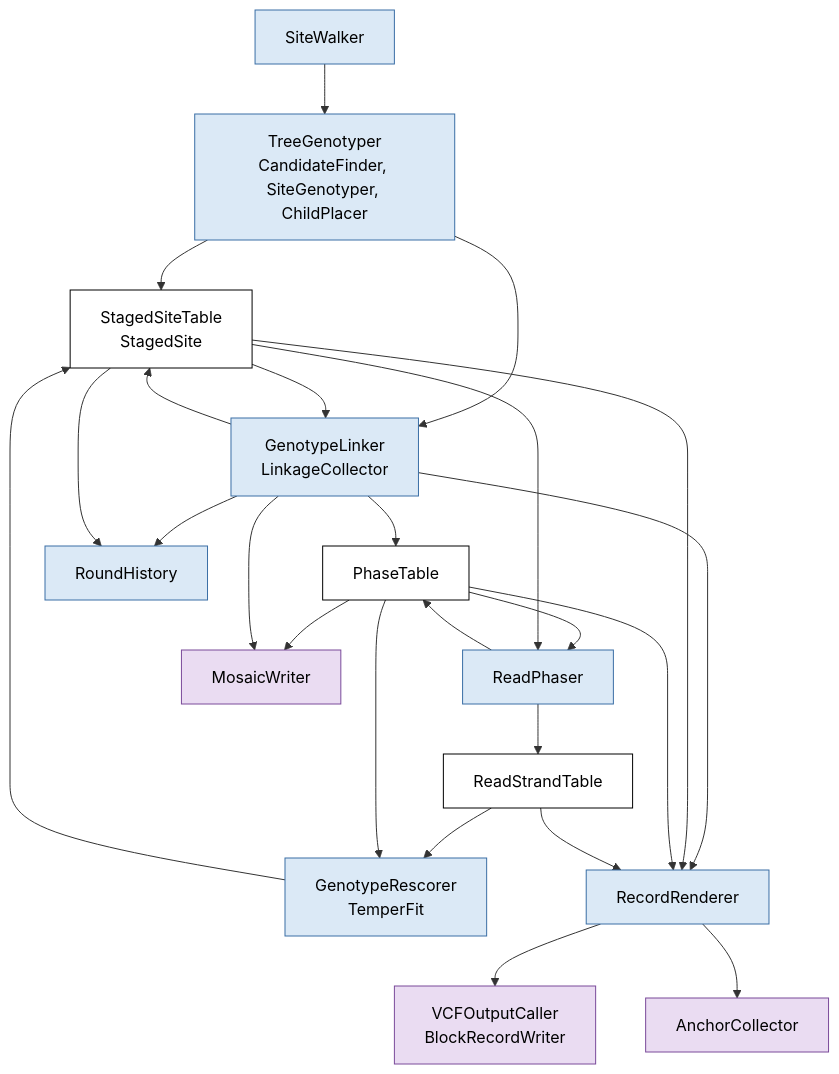
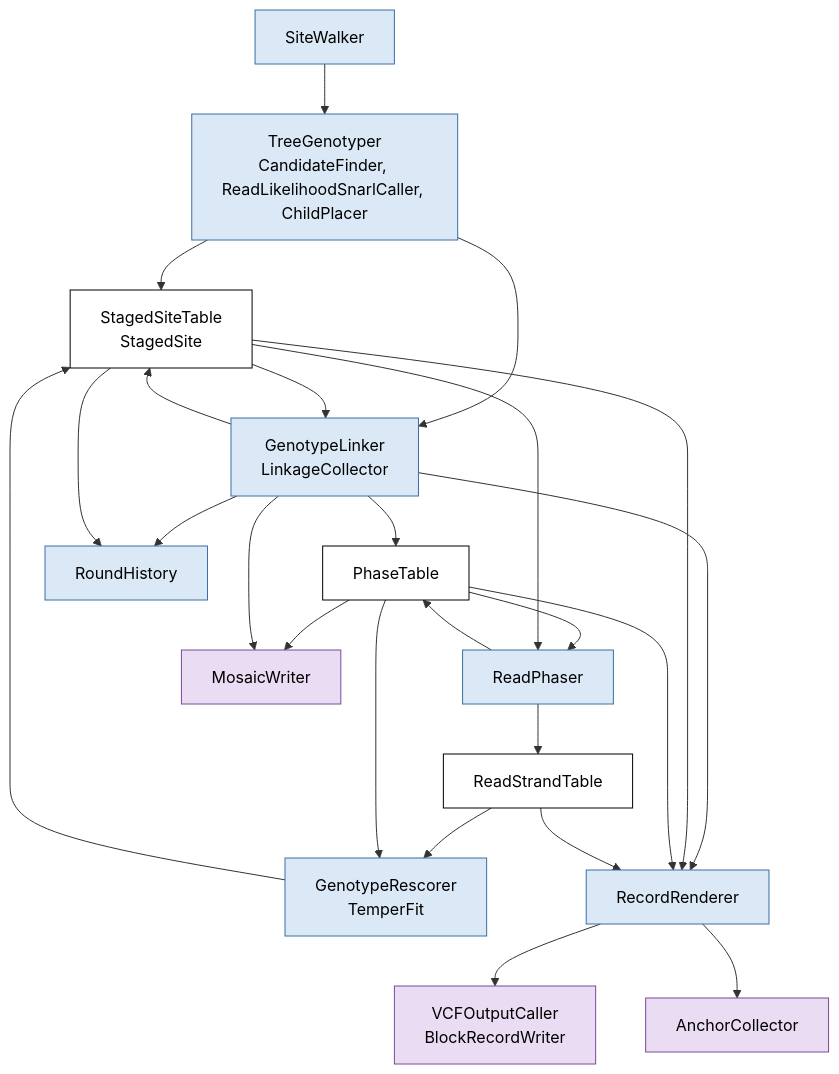
Before and after one commit to vgteam/vg: the diagram in artifacts/doc/read-likelihood-architecture.md, drawn with Mermaid. The commit also changed other lines of this file and 10 other files, not shown here.

Commit message:
call: remove SiteGenotyper, which only passed calls through to the read-likelihood genotyper

````diff
--- a/artifacts/doc/read-likelihood-architecture.md
+++ b/artifacts/doc/read-likelihood-architecture.md
@@ -104,44 +104,44 @@
 ```mermaid
 flowchart TD
     walker["SiteWalker"]:::widget
-    tree["TreeGenotyper<br/>CandidateFinder, SiteGenotyper, ChildPlacer"]:::widget
+    tree["TreeGenotyper<br/>CandidateFinder, ReadLikelihoodSnarlCaller, ChildPlacer"]:::widget
     staged["StagedSiteTable<br/>StagedSite"]:::data
     linker["GenotypeLinker<br/>LinkageCollector"]:::widget
     phases["PhaseTable"]:::data
     phaser["ReadPhaser"]:::widget
     strands["ReadStrandTable"]:::data
     rescorer["GenotypeRescorer<br/>TemperFit"]:::widget
     history["RoundHistory"]:::widget
     renderer["RecordRenderer"]:::widget
     output["VCFOutputCaller<br/>BlockRecordWriter"]:::output
     anchors["AnchorCollector"]:::output
     mosaic["MosaicWriter"]:::output
 
     walker --> tree
     tree --> staged
     tree --> linker
     staged --> linker
     linker --> staged
     linker --> phases
     phases --> phaser
     staged --> phaser
     phaser --> phases
     phaser --> strands
     strands --> rescorer
     phases --> rescorer
     rescorer --> staged
     linker --> history
     staged --> history
     linker --> renderer
     staged --> renderer
     phases --> renderer
     strands --> renderer
     renderer --> output
     renderer --> anchors
     phases --> mosaic
     linker --> mosaic
 
     classDef widget fill:#dbe9f6,stroke:#3a6ea5,color:#000000
     classDef data fill:#ffffff,stroke:#000000,color:#000000
     classDef output fill:#eadcf2,stroke:#7a4a9a,color:#000000
 ```
````
